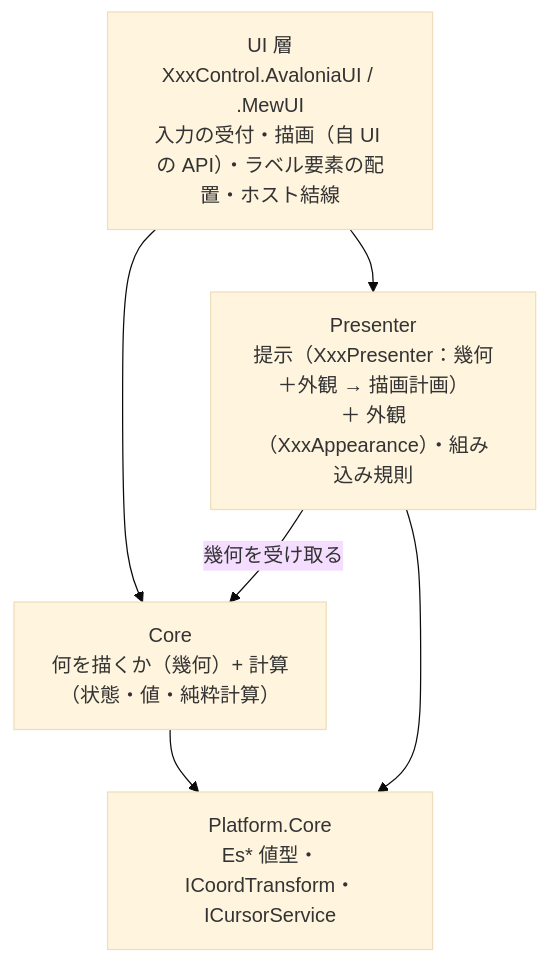
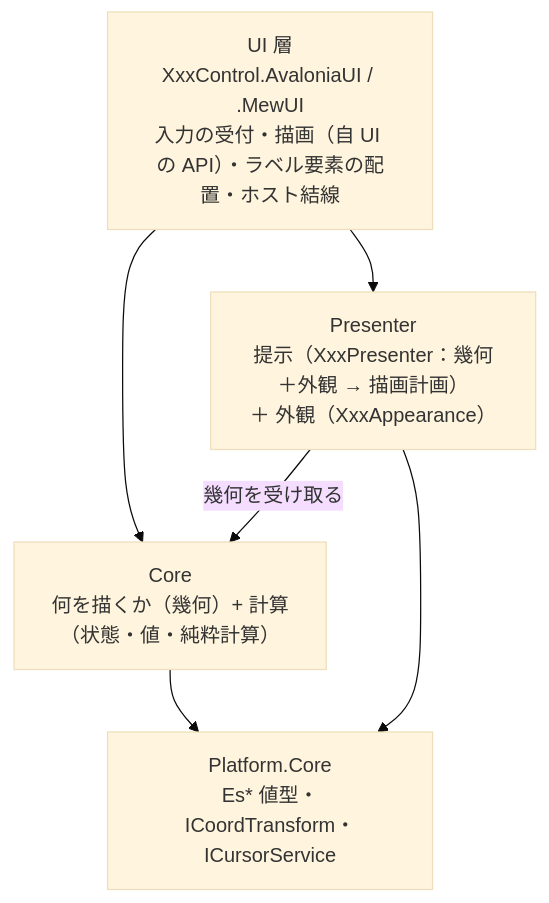
One commit to tomokuni/SaveEvidence changed the second of 2 diagrams in src/README.md. Above: the diagram before and after it, drawn with Mermaid (base theme). The commit also changed other lines of this file and 83 other files, not shown here.

````diff
--- a/src/README.md
+++ b/src/README.md
@@ -24,11 +24,11 @@
 ```mermaid
 flowchart TB
     UI["UI 層<br/>XxxControl.AvaloniaUI / .MewUI<br/>入力の受付・描画（自 UI の API）・ラベル要素の配置・ホスト結線"]
-    UB["Presenter<br/>提示（XxxPresenter：幾何＋外観 → 描画計画）<br/>＋ 外観（XxxAppearance）・組み込み規則"]
+    UB["Presenter<br/>提示（XxxPresenter：幾何＋外観 → 描画計画）<br/>＋ 外観（XxxAppearance）"]
     CORE["Core<br/>何を描くか（幾何）+ 計算<br/>（状態・値・純粋計算）"]
     UI --> UB
     UI --> CORE
     UB -->|幾何を受け取る| CORE
     CORE --> PC["Platform.Core<br/>Es* 値型・ICoordTransform・ICursorService"]
     UB --> PC
 ```
````
